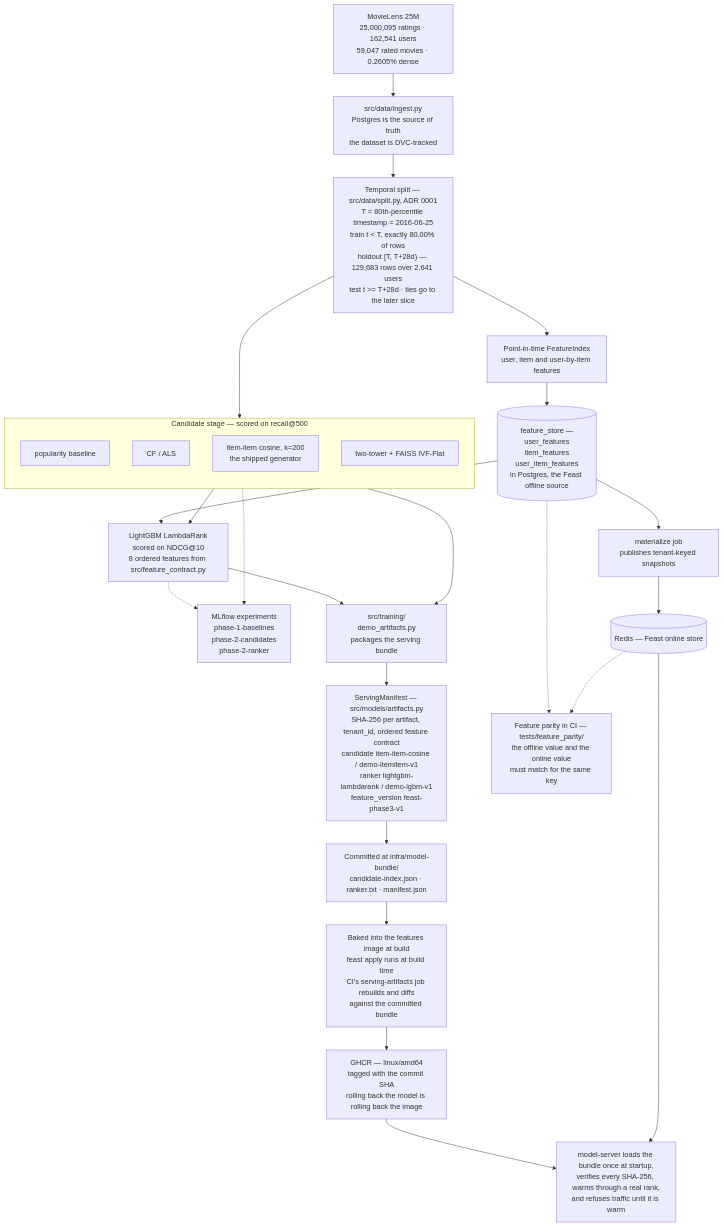
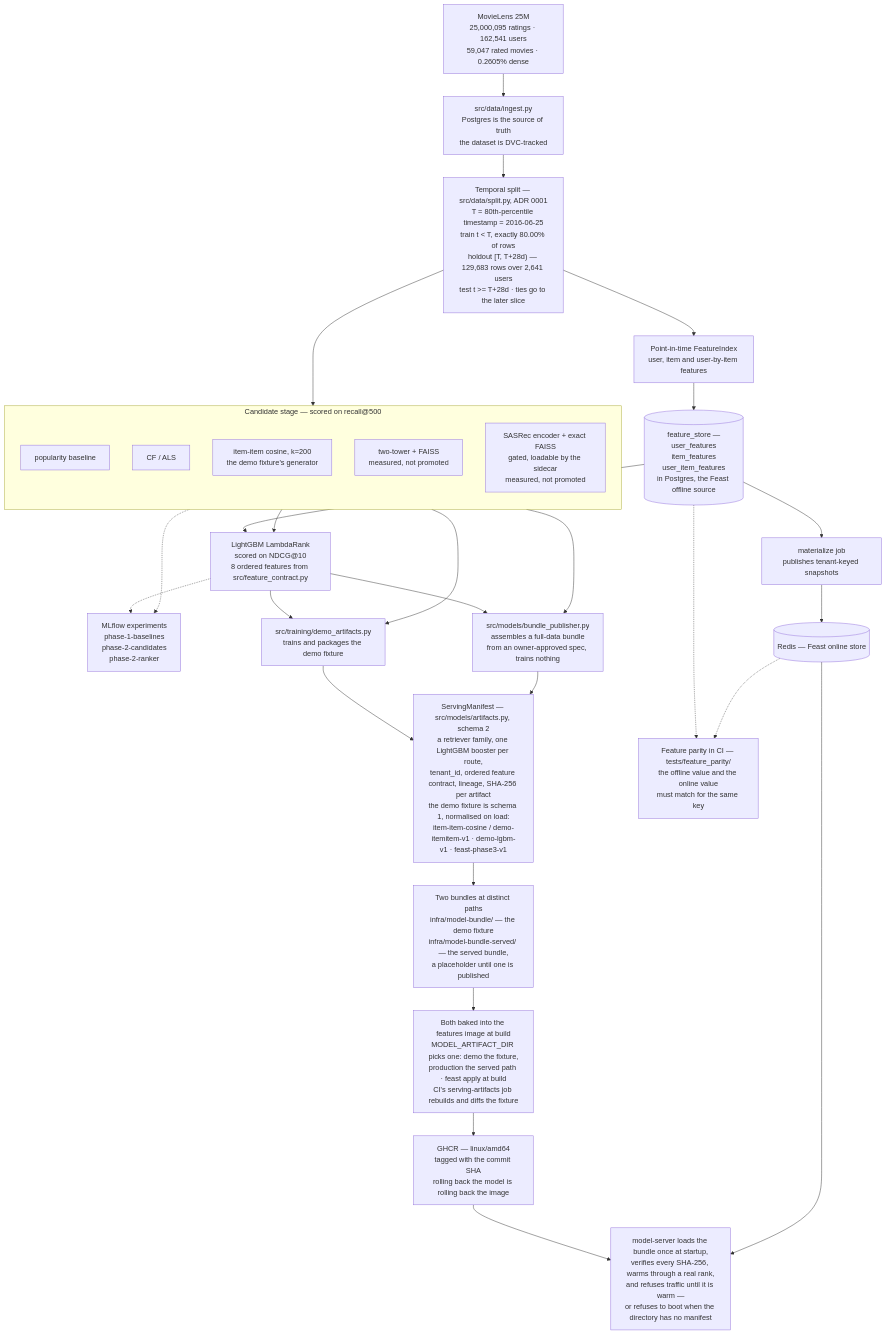
The diagram in docs/diagrams/src/offline-training-to-serving.mmd (kudratsingh/MovieLens-RecSys), drawn with Mermaid before and after one commit. The commit also changed 44 other files, not shown here.

First line of the commit message:
docs: bring the public face to 2026-10-05 and adopt the Phase A build brief (#195)

```diff
--- a/docs/diagrams/src/offline-training-to-serving.mmd
+++ b/docs/diagrams/src/offline-training-to-serving.mmd
@@ -1,62 +1,70 @@
 %% Sources: src/data/ingest.py, src/data/split.py, docs/eda.md (split figures),
 %% src/features/, src/features/feast_repo/, src/models/candidates/,
 %% src/models/ranker/lgbm.py, src/evaluation/protocol.py, src/training/demo_artifacts.py,
-%% src/models/artifacts.py, infra/model-bundle/manifest.json, infra/features/Dockerfile,
-%% Makefile (serving-artifacts-check), .github/workflows/ci.yml.
-%% No offline metric values appear here: none are recorded in the repository.
+%% src/models/artifacts.py, src/models/bundle_publisher.py, src/models/candidates/sasrec.py,
+%% infra/model-bundle/manifest.json, infra/model-bundle-served/, infra/features/Dockerfile,
+%% docker-compose.demo.yml, docker-compose.prod.yml (MODEL_ARTIFACT_DIR),
+%% Makefile (serving-artifacts-check, serving-artifacts-publish), .github/workflows/ci.yml.
+%% No offline metric values are drawn here; the measured numbers are in docs/results.md.
 flowchart TB
   ML["MovieLens 25M<br/>25,000,095 ratings · 162,541 users<br/>59,047 rated movies · 0.2605% dense"]
   ING["src/data/ingest.py<br/>Postgres is the source of truth<br/>the dataset is DVC-tracked"]
   ML --> ING
 
   SPL["Temporal split — src/data/split.py, ADR 0001<br/>T = 80th-percentile timestamp = 2016-06-25<br/>train t &lt; T, exactly 80.00% of rows<br/>holdout [T, T+28d) — 129,683 rows over 2,641 users<br/>test t &gt;= T+28d · ties go to the later slice"]
   ING --> SPL
 
   FI["Point-in-time FeatureIndex<br/>user, item and user-by-item features"]
   FST[("feature_store —<br/>user_features<br/>item_features<br/>user_item_features<br/>in Postgres, the Feast offline source")]
   SPL --> FI --> FST
 
   subgraph CAND["Candidate stage — scored on recall@500"]
     direction TB
     C1["popularity baseline"]
     C2["CF / ALS"]
-    C3["item-item cosine, k=200<br/>the shipped generator"]
-    C4["two-tower + FAISS IVF-Flat"]
+    C3["item-item cosine, k=200<br/>the demo fixture's generator"]
+    C4["two-tower + FAISS<br/>measured, not promoted"]
+    C5["SASRec encoder + exact FAISS<br/>gated, loadable by the sidecar<br/>measured, not promoted"]
   end
 
   RANK["LightGBM LambdaRank<br/>scored on NDCG@10<br/>8 ordered features from src/feature_contract.py"]
   SPL --> CAND
   FST --> RANK
   CAND --> RANK
 
   MLF["MLflow experiments<br/>phase-1-baselines<br/>phase-2-candidates<br/>phase-2-ranker"]
   CAND -.-> MLF
   RANK -.-> MLF
 
-  PKG["src/training/<br/>demo_artifacts.py<br/>packages the serving bundle"]
+  PKG["src/training/demo_artifacts.py<br/>trains and packages the demo fixture"]
   C3 --> PKG
   RANK --> PKG
 
-  MAN["ServingManifest — src/models/artifacts.py<br/>SHA-256 per artifact, tenant_id, ordered feature contract<br/>candidate item-item-cosine / demo-itemitem-v1<br/>ranker lightgbm-lambdarank / demo-lgbm-v1<br/>feature_version feast-phase3-v1"]
+  PUB["src/models/bundle_publisher.py<br/>assembles a full-data bundle<br/>from an owner-approved spec, trains nothing"]
+  C5 --> PUB
+  RANK --> PUB
+
+  MAN["ServingManifest — src/models/artifacts.py, schema 2<br/>a retriever family, one LightGBM booster per route,<br/>tenant_id, ordered feature contract, lineage, SHA-256 per artifact<br/>the demo fixture is schema 1, normalised on load:<br/>item-item-cosine / demo-itemitem-v1 · demo-lgbm-v1 · feast-phase3-v1"]
   PKG --> MAN
+  PUB --> MAN
 
-  COMMIT["Committed at infra/model-bundle/<br/>candidate-index.json · ranker.txt · manifest.json"]
+  COMMIT["Two bundles at distinct paths<br/>infra/model-bundle/ — the demo fixture<br/>infra/model-bundle-served/ — the served bundle,<br/>a placeholder until one is published"]
   MAN --> COMMIT
 
-  IMG["Baked into the features image at build<br/>feast apply runs at build time<br/>CI's serving-artifacts job rebuilds and diffs<br/>against the committed bundle"]
+  IMG["Both baked into the features image at build<br/>MODEL_ARTIFACT_DIR picks one: demo the fixture,<br/>production the served path · feast apply at build<br/>CI's serving-artifacts job rebuilds and diffs the fixture"]
   COMMIT --> IMG
 
   GHCR["GHCR — linux/amd64<br/>tagged with the commit SHA<br/>rolling back the model is rolling back the image"]
   IMG --> GHCR
 
   MATZ["materialize job<br/>publishes tenant-keyed snapshots"]
   RDS[("Redis — Feast online store")]
   FST --> MATZ --> RDS
 
-  SERVE["model-server loads the bundle once at startup,<br/>verifies every SHA-256, warms through a real rank,<br/>and refuses traffic until it is warm"]
+  SERVE["model-server loads the bundle once at startup,<br/>verifies every SHA-256, warms through a real rank,<br/>and refuses traffic until it is warm —<br/>or refuses to boot when the directory has no manifest"]
   GHCR --> SERVE
   RDS --> SERVE
 
   PAR["Feature parity in CI — tests/feature_parity/<br/>the offline value and the online value<br/>must match for the same key"]
   FST -.-> PAR
   RDS -.-> PAR
```
